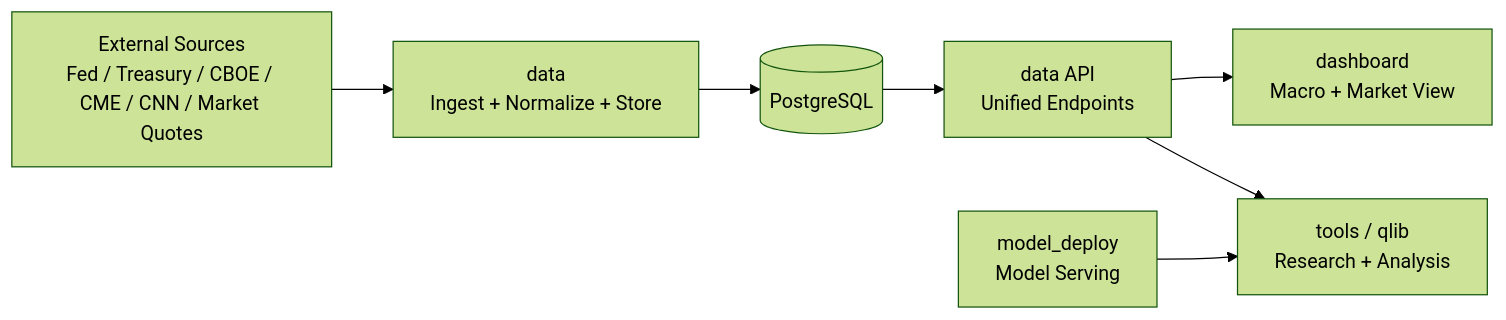
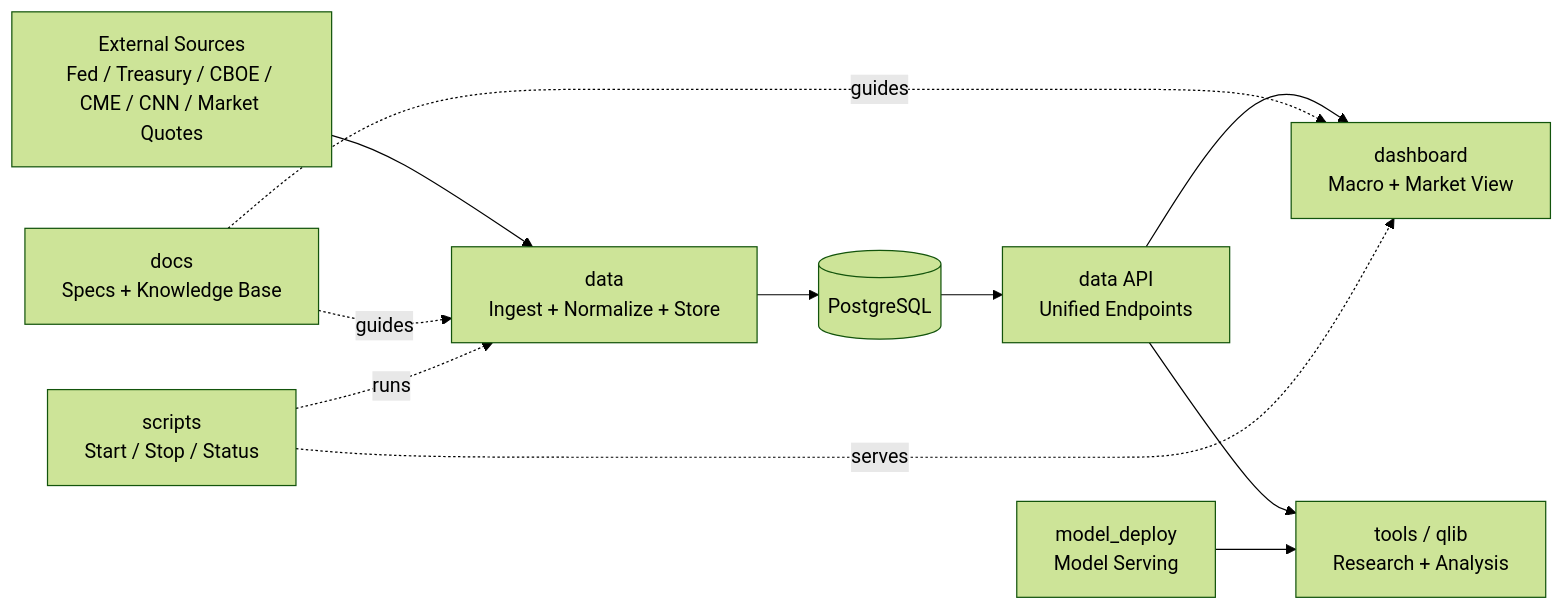
One commit to EvergreenAlpha/.github changed the diagram in profile/README.md. Above: the diagram before and after it, drawn with Mermaid (forest theme). The commit also changed other lines of this file, not shown here.

````diff
--- a/profile/README.md
+++ b/profile/README.md
@@ -35,15 +37,21 @@
 ```mermaid
 flowchart LR
     A[External Sources<br/>Fed / Treasury / CBOE / CME / CNN / Market Quotes]
     B[data<br/>Ingest + Normalize + Store]
     C[(PostgreSQL)]
     D[data API<br/>Unified Endpoints]
     E[dashboard<br/>Macro + Market View]
     F[tools / qlib<br/>Research + Analysis]
     G[model_deploy<br/>Model Serving]
+    H[docs<br/>Specs + Knowledge Base]
+    I[scripts<br/>Start / Stop / Status]
 
     A --> B --> C --> D
     D --> E
     D --> F
     G --> F
+    H -. guides .-> B
+    H -. guides .-> E
+    I -. runs .-> B
+    I -. serves .-> E
 ```
````
